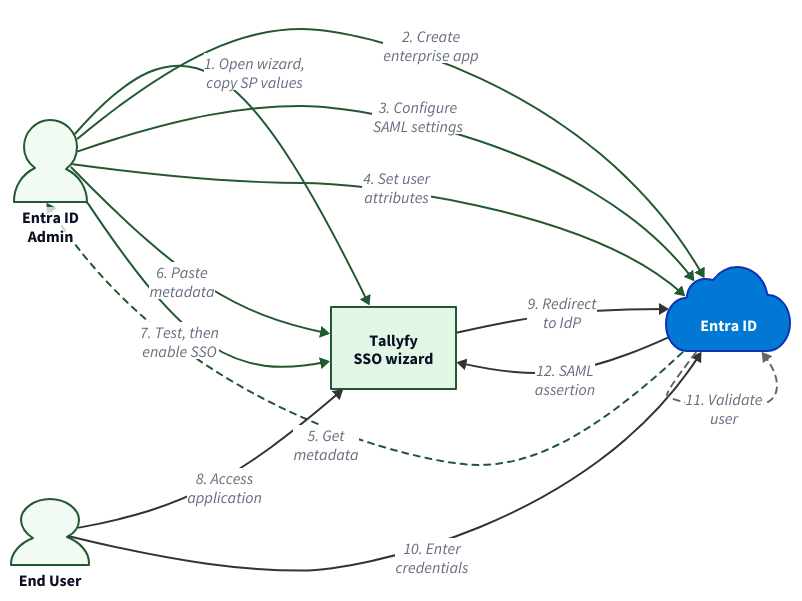
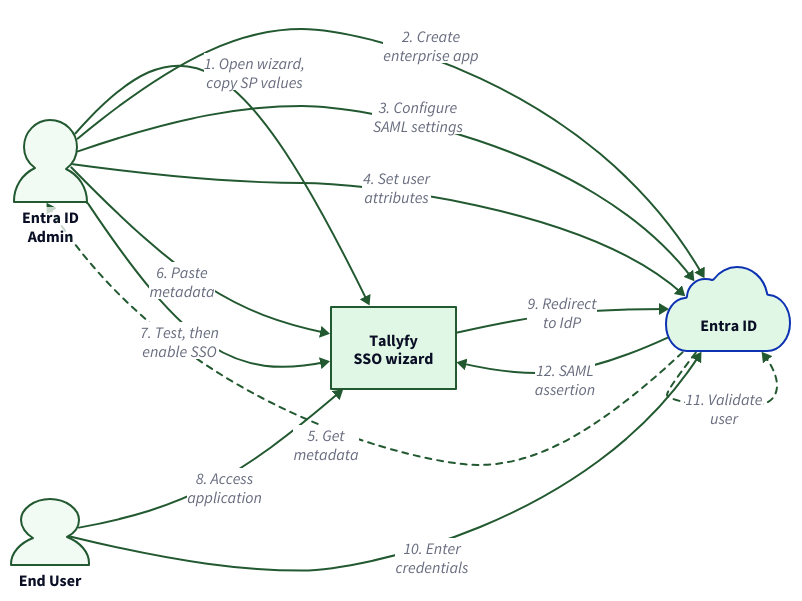
Before and after one commit to tallyfy/documentation: the diagram in src/content/docs/pro/integrations/authentication/how-to-integrate-azure-ad-samlsso-with-tallyfy.mdx, drawn with D2. The commit also changed 66 other files, not shown here.

````diff
--- a/src/content/docs/pro/integrations/authentication/how-to-integrate-azure-ad-samlsso-with-tallyfy.mdx
+++ b/src/content/docs/pro/integrations/authentication/how-to-integrate-azure-ad-samlsso-with-tallyfy.mdx
@@ -52,8 +52,7 @@
 
 Azure: "Entra ID" {
   shape: cloud
-  style.fill: "#0078d4"
-  style.font-color: "#fff"
+  style.fill: "#e1f7e6"
 }
 
 Tallyfy: "Tallyfy\nSSO wizard" {
@@ -102,25 +101,25 @@
 
 # User Auth Flow
 User -> Tallyfy: "8. Access\napplication" {
-  style.stroke: "#333"
+  style.stroke: "#225930"
   style.stroke-width: 2
 }
 
 Tallyfy -> Azure: "9. Redirect\nto IdP" {
-  style.stroke: "#333"
+  style.stroke: "#225930"
 }
 
 User -> Azure: "10. Enter\ncredentials" {
-  style.stroke: "#333"
+  style.stroke: "#225930"
 }
 
 Azure -> Azure: "11. Validate\nuser" {
-  style.stroke: "#666"
+  style.stroke: "#225930"
   style.stroke-dash: 3
 }
 
 Azure -> Tallyfy: "12. SAML\nassertion" {
-  style.stroke: "#333"
+  style.stroke: "#225930"
   style.stroke-width: 2
 }
 ```
````
